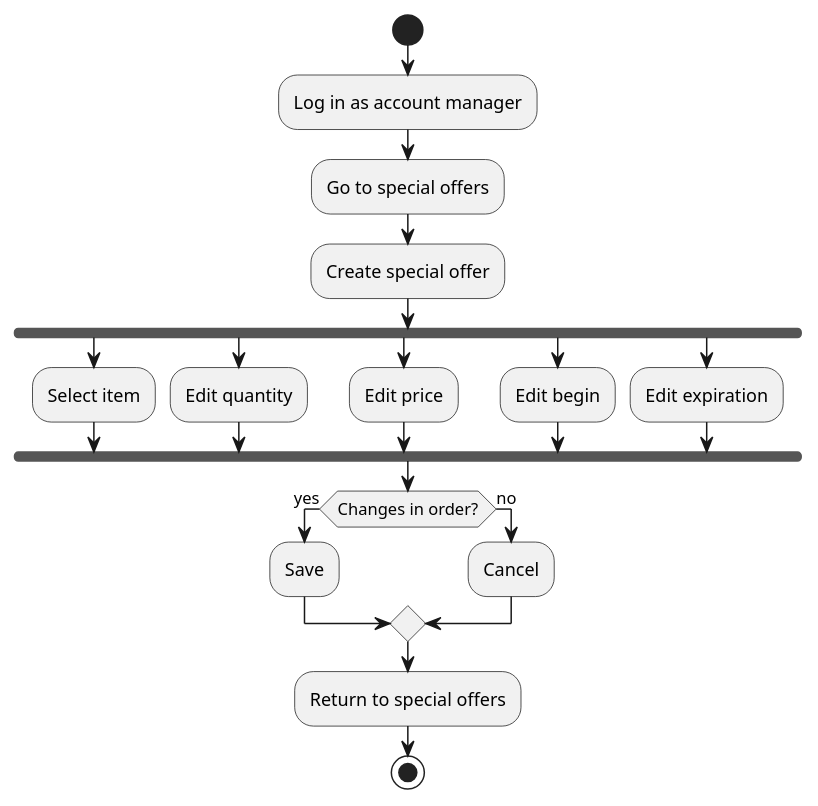
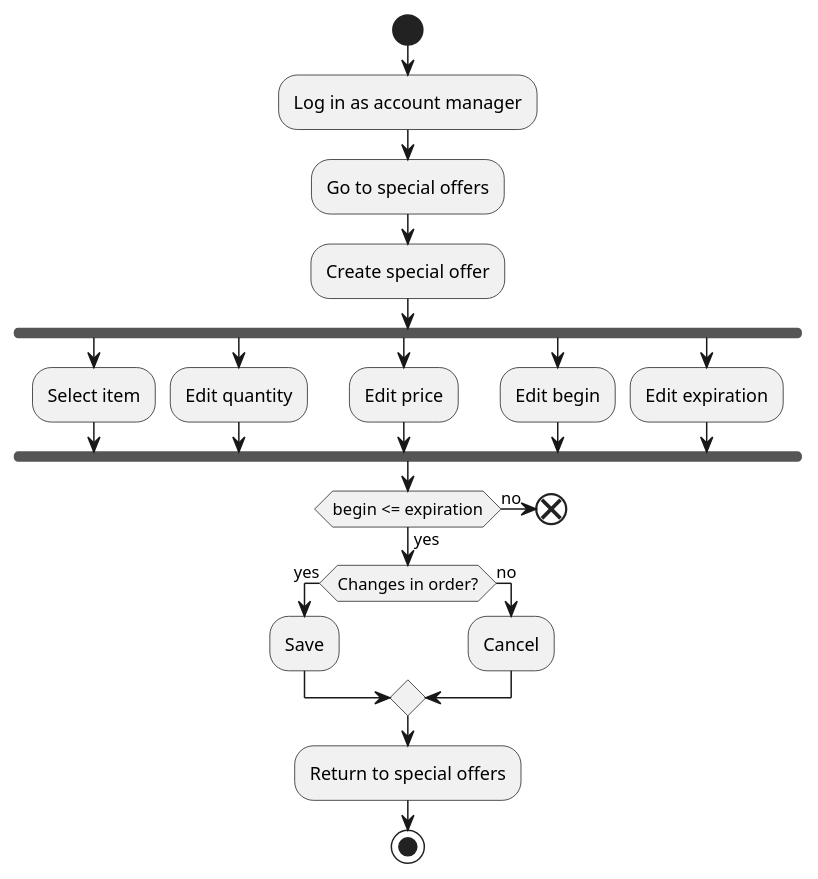
Before and after one commit to tflm91/CRM-System: the diagram in docs/special-offer.puml, drawn with PlantUML. The commit also changed 3 other files, not shown here.

```diff
--- a/docs/special-offer.puml
+++ b/docs/special-offer.puml
@@ -1,27 +1,30 @@
 @startuml
 'https://plantuml.com/activity-diagram-beta
 
 start
 :Log in as account manager;
 :Go to special offers;
 :Create special offer;
 fork
     :Select item;
 fork again
     :Edit quantity;
 fork again
     :Edit price;
 fork again
     :Edit begin;
 fork again
     :Edit expiration;
 end fork
-if (Changes in order?) then (yes)
-    :Save;
+if(begin <= expiration) then (yes)
+    if (Changes in order?) then (yes)
+        :Save;
+    else (no)
+        :Cancel;
+    endif
+    :Return to special offers;
+    stop
 else (no)
-    :Cancel;
-endif
-:Return to special offers;
-stop
+    end
 
 @enduml
```
